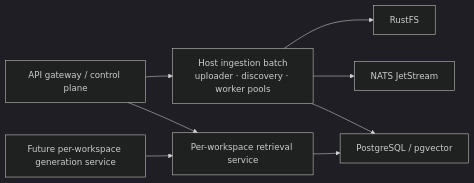
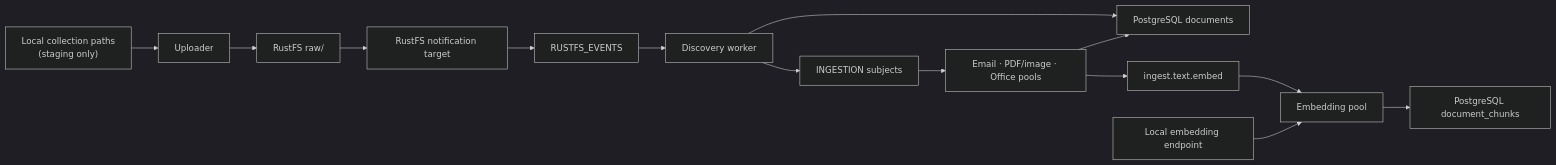
The diagram in docs/ingestion-design.md (suankan/pocket-advisor), drawn with Mermaid (dark theme) before and after one commit. The commit also changed other lines of this file and 7 other files, not shown here.

````diff
--- a/docs/ingestion-design.md
+++ b/docs/ingestion-design.md
@@ -1198,10 +20,16 @@
 ```mermaid
 flowchart LR
-  Host["Host ingestion batch<br/>uploader · discovery · worker pools"] --> RustFS["RustFS"]
-  Host --> NATS["NATS JetStream"]
-  Host --> Postgres["PostgreSQL / pgvector"]
-  Gateway["API gateway / control plane"] --> Host
-  Gateway --> Retrieval["Per-workspace retrieval service"]
-  Retrieval --> Postgres
-  Generation["Future per-workspace generation service"] --> Retrieval
+  Source["Local collection paths\n(staging only)"] --> Upload["Uploader"]
+  Upload --> Raw["RustFS raw/"]
+  Raw --> Notify["RustFS notification target"]
+  Notify --> Events["RUSTFS_EVENTS"]
+  Events --> Discovery["Discovery worker"]
+  Discovery --> Docs["PostgreSQL documents"]
+  Discovery --> Work["INGESTION subjects"]
+  Work --> Extract["Email · PDF/image · Office pools"]
+  Extract --> Docs
+  Extract --> EmbedQ["ingest.text.embed"]
+  EmbedQ --> Indexer["Embedding pool"]
+  Indexer --> Chunks["PostgreSQL document_chunks"]
+  Model["Local embedding endpoint"] --> Indexer
 ```
````
